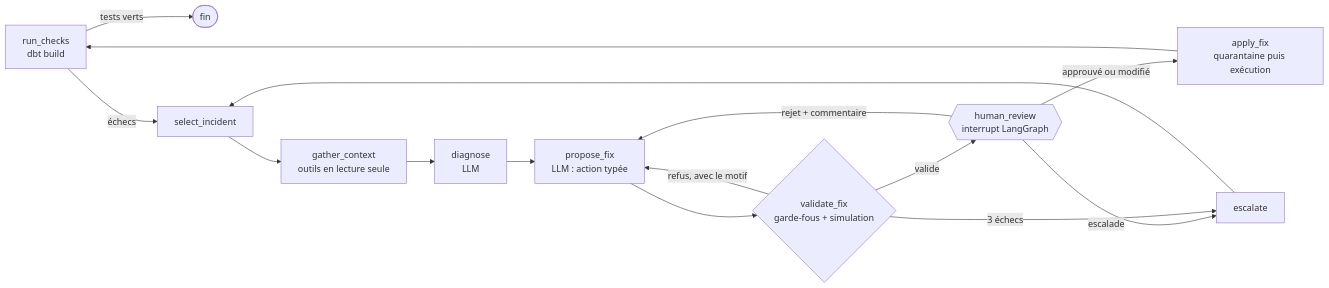
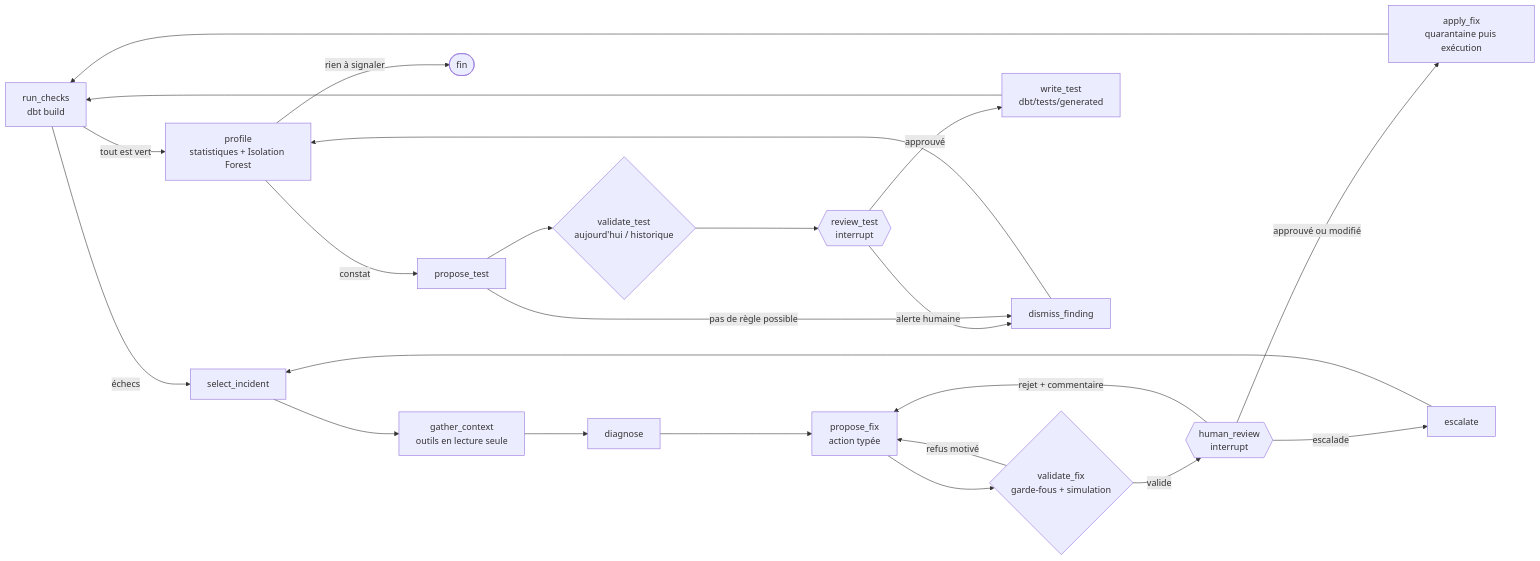
One commit to Yvngval/dq-agent changed the diagram in README.fr.md. Above: the diagram before and after it, drawn with Mermaid. The commit also changed other lines of this file and 3 other files, not shown here.

````diff
--- a/README.fr.md
+++ b/README.fr.md
@@ -42,17 +46,25 @@
 ```mermaid
 flowchart LR
-    A[run_checks<br/>dbt build] -->|tests verts| Z([fin])
-    A -->|échecs| B[select_incident]
+    A[run_checks<br/>dbt build] -->|échecs| B[select_incident]
     B --> C[gather_context<br/>outils en lecture seule]
-    C --> D[diagnose<br/>LLM]
-    D --> E[propose_fix<br/>LLM : action typée]
+    C --> D[diagnose]
+    D --> E[propose_fix<br/>action typée]
     E --> F{validate_fix<br/>garde-fous + simulation}
-    F -->|refus, avec le motif| E
-    F -->|valide| G{{human_review<br/>interrupt LangGraph}}
+    F -->|refus motivé| E
+    F -->|valide| G{{human_review<br/>interrupt}}
     G -->|rejet + commentaire| E
     G -->|approuvé ou modifié| H[apply_fix<br/>quarantaine puis exécution]
     H --> A
     G -->|escalade| X[escalate]
-    F -->|3 échecs| X
     X --> B
+    A -->|tout est vert| P[profile<br/>statistiques + Isolation Forest]
+    P -->|rien à signaler| Z([fin])
+    P -->|constat| T[propose_test]
+    T --> V{validate_test<br/>aujourd'hui / historique}
+    V --> R{{review_test<br/>interrupt}}
+    R -->|approuvé| W[write_test<br/>dbt/tests/generated]
+    W --> A
+    R -->|alerte humaine| Q[dismiss_finding]
+    T -->|pas de règle possible| Q
+    Q --> P
 ```
````
